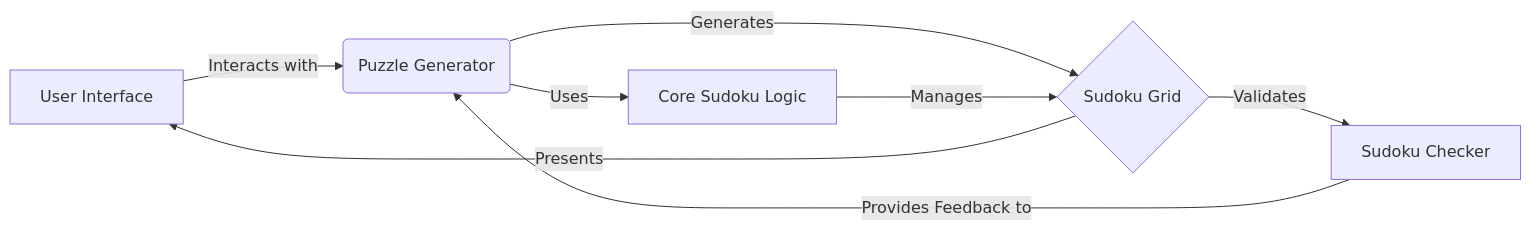
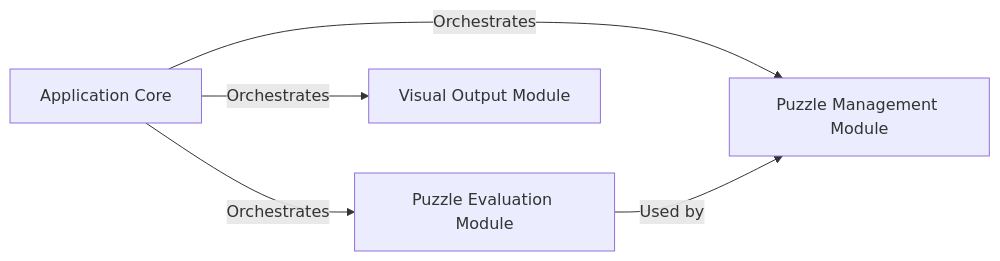
One commit to CodeBoarding/GeneratedOnBoardings changed the diagram in Sudoku/on_boarding.md. Above: the diagram before and after it, drawn with Mermaid. The commit also changed other lines of this file and 9 other files, not shown here.

````diff
--- a/Sudoku/on_boarding.md
+++ b/Sudoku/on_boarding.md
@@ -7,16 +1,15 @@
 ```mermaid
 graph LR
-    A[User Interface] -- "Interacts with" --> B(Puzzle Generator)
-    B -- "Generates" --> C{Sudoku Grid}
-    C -- "Validates" --> D[Sudoku Checker]
-    D -- "Provides Feedback to" --> B
-    C -- "Presents" --> A
-    B -- "Uses" --> E[Core Sudoku Logic]
-    E -- "Manages" --> C
-
-click A href "https://github.com/CodeBoarding/GeneratedOnBoardings/blob/main/Sudoku//User%20Interface.md"
-click B href "https://github.com/CodeBoarding/GeneratedOnBoardings/blob/main/Sudoku//Puzzle%20Generator.md"
-click C href "https://github.com/CodeBoarding/GeneratedOnBoardings/blob/main/Sudoku//Sudoku%20Grid.md"
-click D href "https://github.com/CodeBoarding/GeneratedOnBoardings/blob/main/Sudoku//Sudoku%20Checker.md"
-click E href "https://github.com/CodeBoarding/GeneratedOnBoardings/blob/main/Sudoku//Core%20Sudoku%20Logic.md"
+    Application_Core["Application Core"]
+    Puzzle_Management_Module["Puzzle Management Module"]
+    Puzzle_Evaluation_Module["Puzzle Evaluation Module"]
+    Visual_Output_Module["Visual Output Module"]
+    Application_Core -- "Orchestrates" --> Puzzle_Management_Module
+    Application_Core -- "Orchestrates" --> Puzzle_Evaluation_Module
+    Application_Core -- "Orchestrates" --> Visual_Output_Module
+    Puzzle_Evaluation_Module -- "Used by" --> Puzzle_Management_Module
+    click Application_Core href "https://github.com/CodeBoarding/GeneratedOnBoardings/blob/main/Sudoku/Application Core.md" "Details"
+    click Puzzle_Management_Module href "https://github.com/CodeBoarding/GeneratedOnBoardings/blob/main/Sudoku/Puzzle Management Module.md" "Details"
+    click Puzzle_Evaluation_Module href "https://github.com/CodeBoarding/GeneratedOnBoardings/blob/main/Sudoku/Puzzle Evaluation Module.md" "Details"
+    click Visual_Output_Module href "https://github.com/CodeBoarding/GeneratedOnBoardings/blob/main/Sudoku/Visual Output Module.md" "Details"
 ```
````
